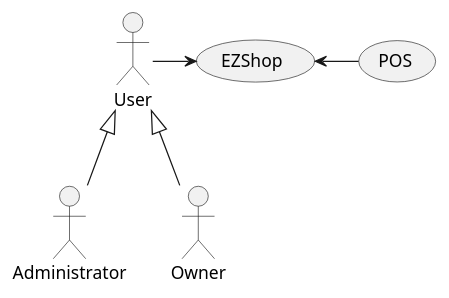
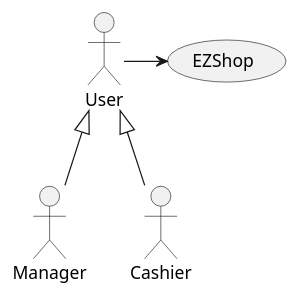
One commit to giuseppesalvi/ezshop changed the diagram in Deliverables/RequirementsDocument.md. Above: the diagram before and after it, drawn with PlantUML. The commit also changed other lines of this file, not shown here.

Commit message:
Update context diagram version 2 and stakeholders

````diff
--- a/Deliverables/RequirementsDocument.md
+++ b/Deliverables/RequirementsDocument.md
@@ -51,9 +54,8 @@
 ```plantuml
-actor Administrator as a
-actor Owner as o
+actor Manager as a
+actor Cashier as o
 actor User as u
 a -up-|> u
 o -up-|> u
 u -> (EZShop)
-(EZShop) <- (POS)
 ```
````
